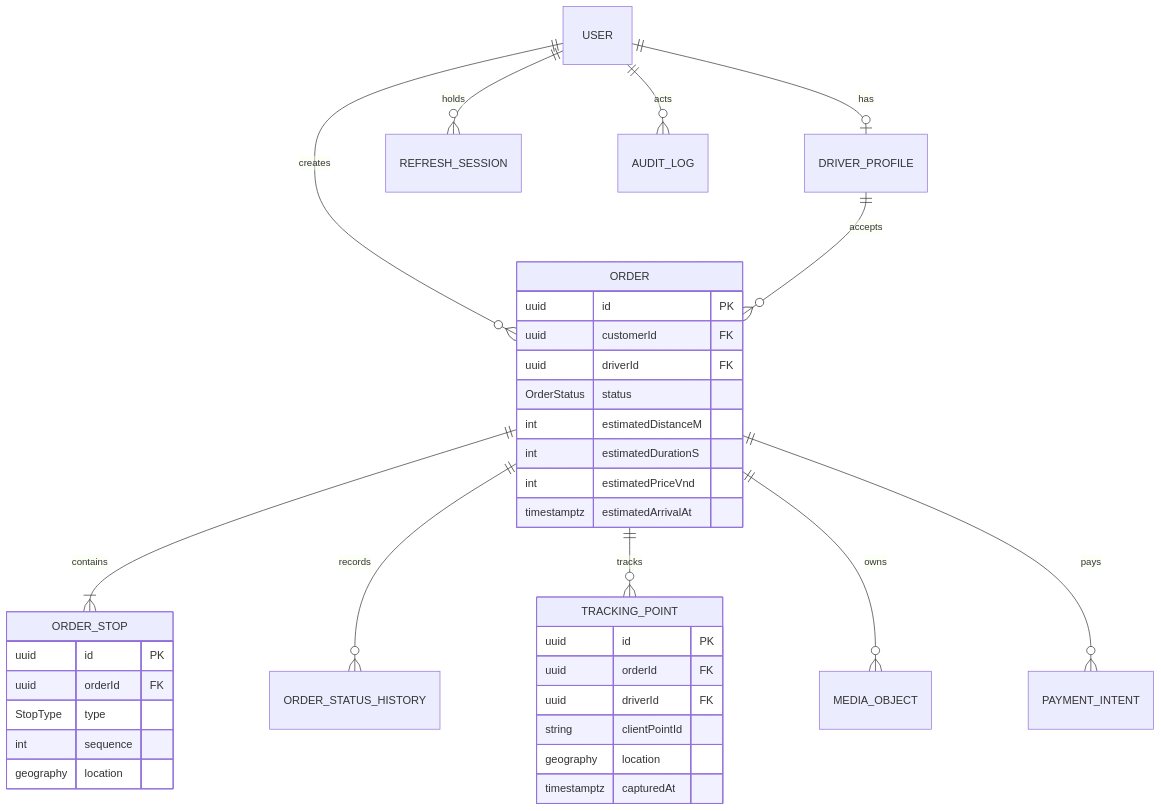
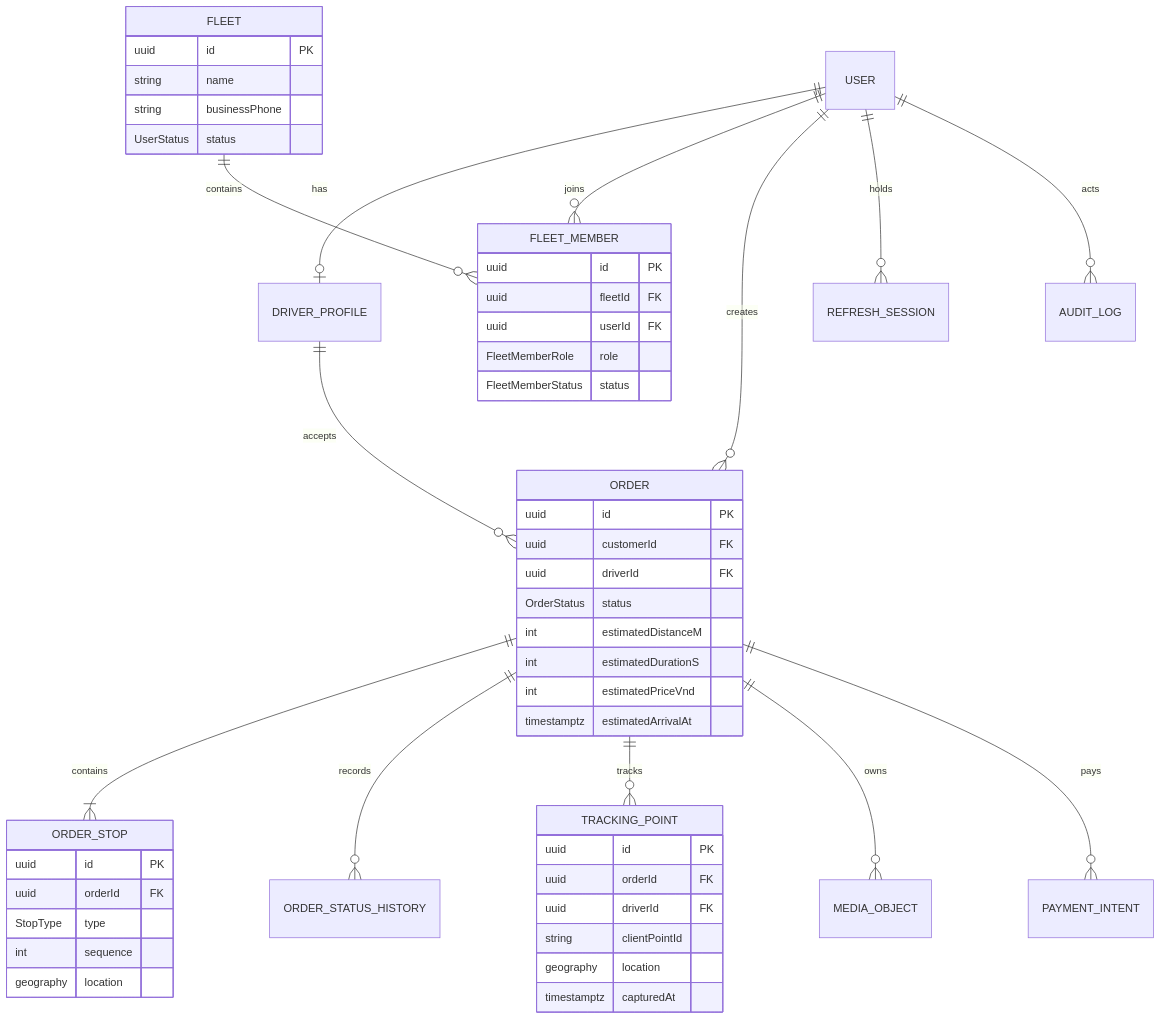
The diagram in docs/data/02-erd.md (truongcongtu318/leopard), drawn with Mermaid before and after one commit. The commit also changed 24 other files, not shown here.

````diff
--- a/docs/data/02-erd.md
+++ b/docs/data/02-erd.md
@@ -3,39 +3,54 @@
 ```mermaid
 erDiagram
   USER ||--o| DRIVER_PROFILE : has
+  USER ||--o{ FLEET_MEMBER : joins
+  FLEET ||--o{ FLEET_MEMBER : contains
   USER ||--o{ ORDER : creates
   DRIVER_PROFILE ||--o{ ORDER : accepts
   ORDER ||--|{ ORDER_STOP : contains
   ORDER ||--o{ ORDER_STATUS_HISTORY : records
   ORDER ||--o{ TRACKING_POINT : tracks
   ORDER ||--o{ MEDIA_OBJECT : owns
   ORDER ||--o{ PAYMENT_INTENT : pays
   USER ||--o{ REFRESH_SESSION : holds
   USER ||--o{ AUDIT_LOG : acts
 
+  FLEET {
+    uuid id PK
+    string name
+    string businessPhone
+    UserStatus status
+  }
+  FLEET_MEMBER {
+    uuid id PK
+    uuid fleetId FK
+    uuid userId FK
+    FleetMemberRole role
+    FleetMemberStatus status
+  }
   ORDER {
     uuid id PK
     uuid customerId FK
     uuid driverId FK
     OrderStatus status
     int estimatedDistanceM
     int estimatedDurationS
     int estimatedPriceVnd
     timestamptz estimatedArrivalAt
   }
   ORDER_STOP {
     uuid id PK
     uuid orderId FK
     StopType type
     int sequence
     geography location
   }
   TRACKING_POINT {
     uuid id PK
     uuid orderId FK
     uuid driverId FK
     string clientPointId
     geography location
     timestamptz capturedAt
   }
 ```
````
